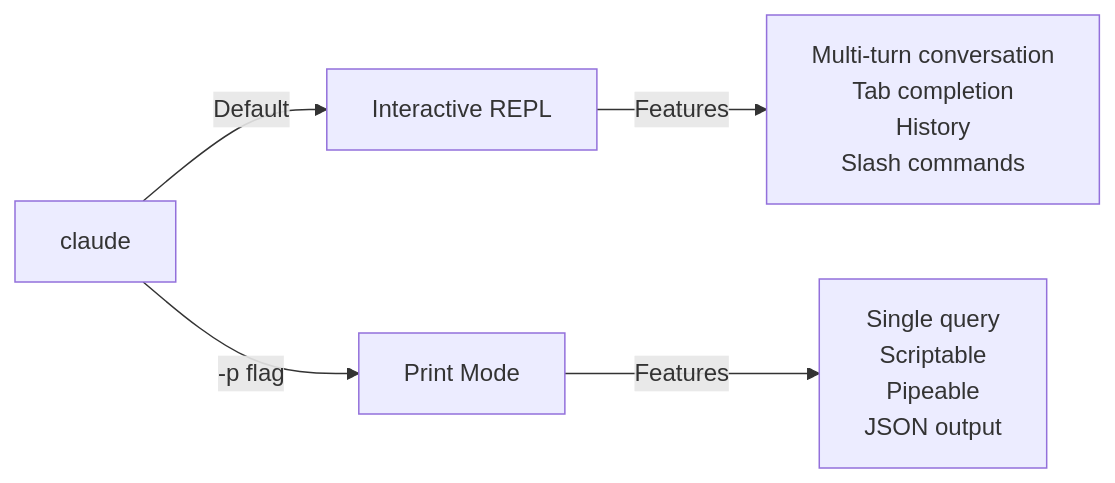
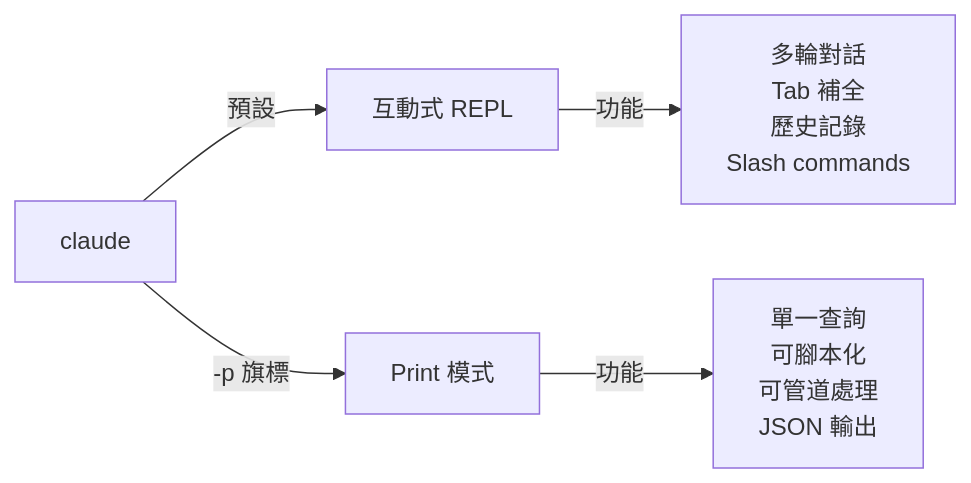
The second of 2 diagrams in 10-cli/README.md (huckly/claude-howto-zh-tw), drawn with Mermaid before and after one commit. The commit also changed other lines of this file and 12 other files, not shown here.

````diff
--- a/10-cli/README.md
+++ b/10-cli/README.md
@@ -80,7 +76,7 @@
 ```mermaid
 graph LR
-    A["claude"] -->|Default| B["Interactive REPL"]
-    A -->|"-p flag"| C["Print Mode"]
-    B -->|Features| D["Multi-turn conversation<br>Tab completion<br>History<br>Slash commands"]
-    C -->|Features| E["Single query<br>Scriptable<br>Pipeable<br>JSON output"]
+    A["claude"] -->|預設| B["互動式 REPL"]
+    A -->|"-p 旗標"| C["Print 模式"]
+    B -->|功能| D["多輪對話<br>Tab 補全<br>歷史記錄<br>Slash commands"]
+    C -->|功能| E["單一查詢<br>可腳本化<br>可管道處理<br>JSON 輸出"]
 ```
````
